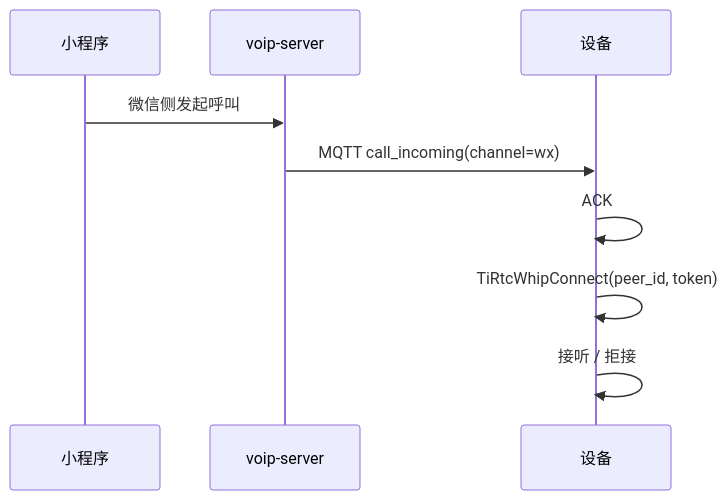
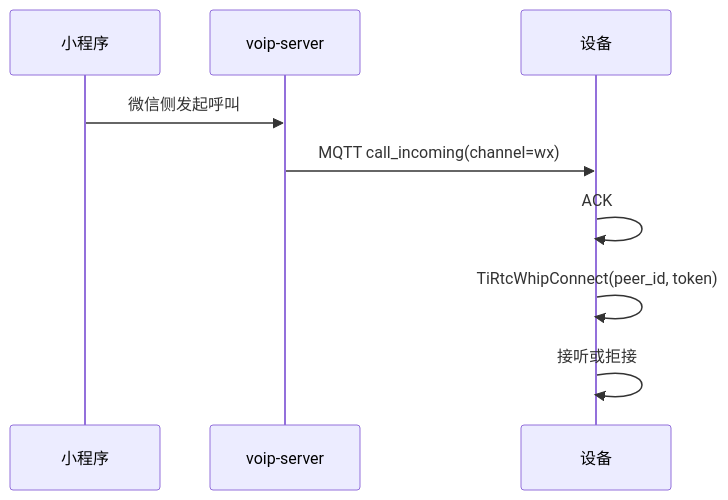
The first of 2 diagrams in thing-connect/device-voip.md (tangeai/tirtc-server-example), drawn with Mermaid before and after one commit. The commit also changed other lines of this file and 13 other files, not shown here.

````diff
--- a/thing-connect/device-voip.md
+++ b/thing-connect/device-voip.md
@@ -279,12 +300,12 @@
 ```mermaid
 sequenceDiagram
     participant MP as 小程序
     participant VS as voip-server
     participant DEV as 设备
 
     MP->>VS: 微信侧发起呼叫
     VS->>DEV: MQTT call_incoming(channel=wx)
     DEV->>DEV: ACK
     DEV->>DEV: TiRtcWhipConnect(peer_id, token)
-    DEV->>DEV: 接听 / 拒接
+    DEV->>DEV: 接听或拒接
 ```
````
